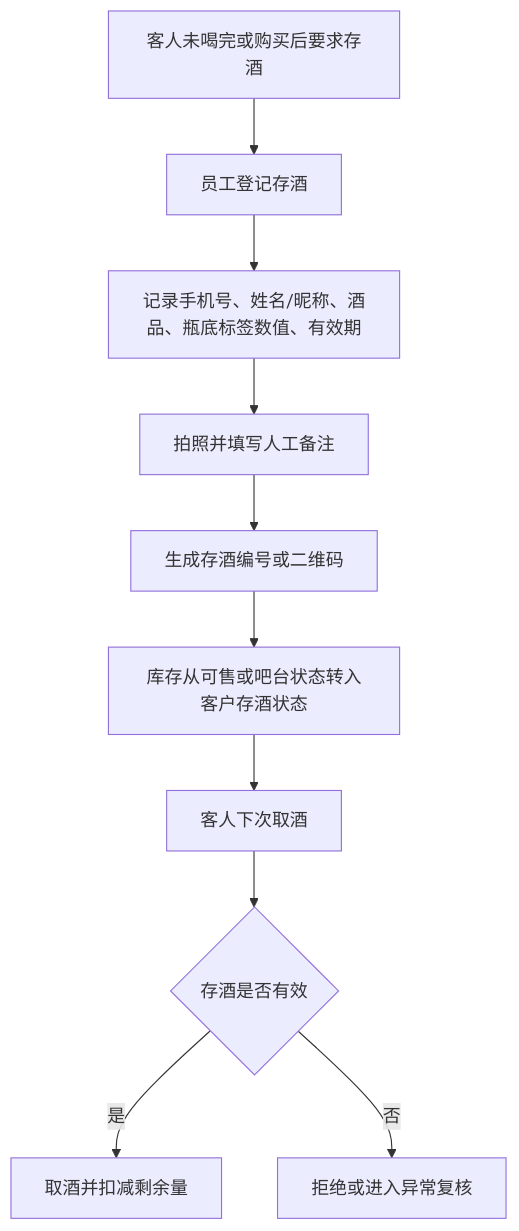
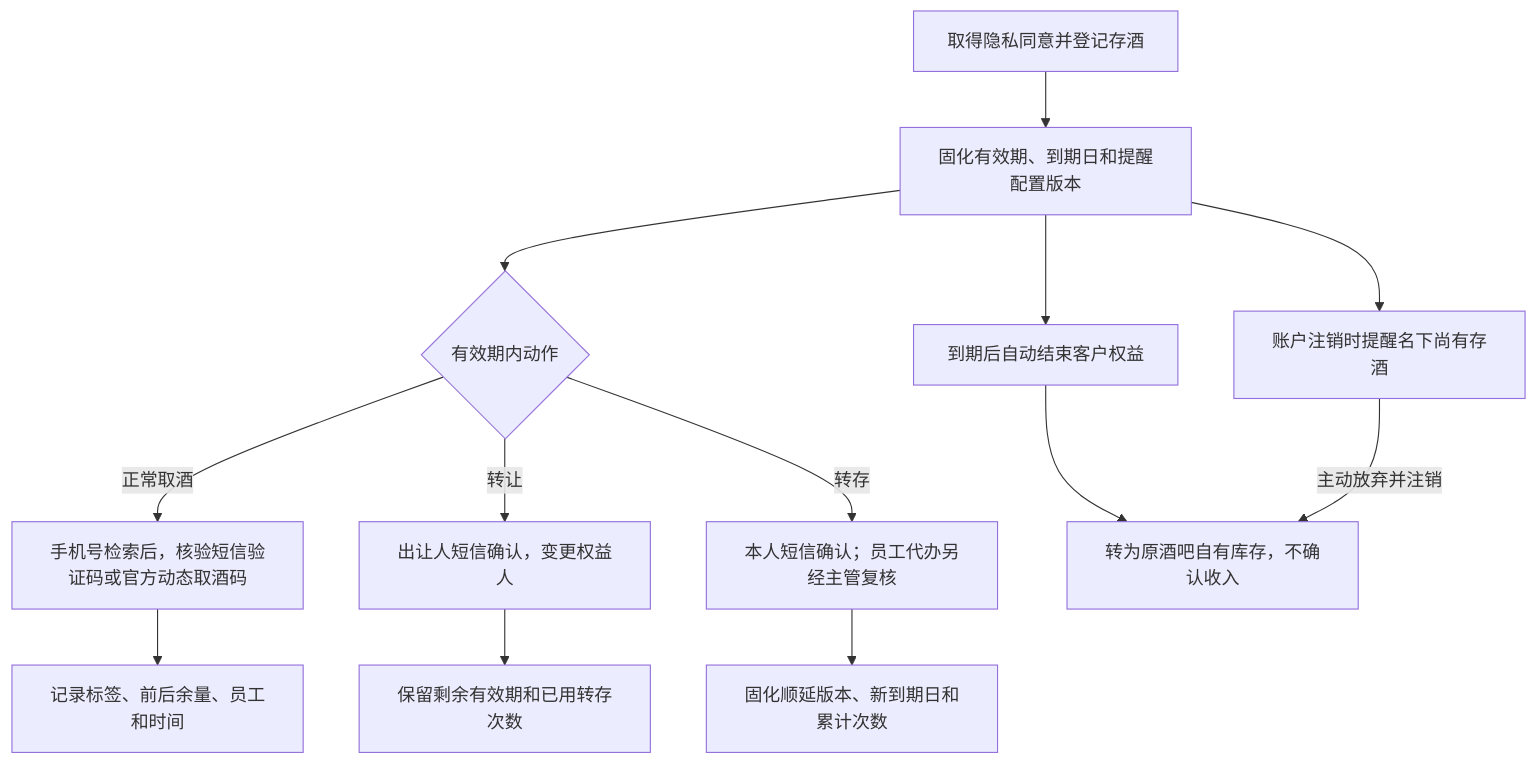
One commit to jxh1979/mall changed the fourth of 5 diagrams in docs/supply-chain-inventory-product-prd-v0.1.md. Above: the diagram before and after it, drawn with Mermaid. The commit also changed other lines of this file and 1 other file, not shown here.

````diff
--- a/docs/supply-chain-inventory-product-prd-v0.1.md
+++ b/docs/supply-chain-inventory-product-prd-v0.1.md
@@ -193,12 +234,15 @@
 ```mermaid
 flowchart TD
-  A["客人未喝完或购买后要求存酒"] --> B["员工登记存酒"]
-  B --> C["记录手机号、姓名/昵称、酒品、瓶底标签数值、有效期"]
-  C --> C1["拍照并填写人工备注"]
-  C1 --> D["生成存酒编号或二维码"]
-  D --> E["库存从可售或吧台状态转入客户存酒状态"]
-  E --> F["客人下次取酒"]
-  F --> G{"存酒是否有效"}
-  G -- 是 --> H["取酒并扣减剩余量"]
-  G -- 否 --> I["拒绝或进入异常复核"]
+  A["取得隐私同意并登记存酒"] --> B["固化有效期、到期日和提醒配置版本"]
+  B --> C{"有效期内动作"}
+  C -- 正常取酒 --> D["手机号检索后，核验短信验证码或官方动态取酒码"]
+  C -- 转让 --> E["出让人短信确认，变更权益人"]
+  C -- 转存 --> F["本人短信确认；员工代办另经主管复核"]
+  D --> G["记录标签、前后余量、员工和时间"]
+  E --> H["保留剩余有效期和已用转存次数"]
+  F --> I["固化顺延版本、新到期日和累计次数"]
+  B --> J["到期后自动结束客户权益"]
+  J --> K["转为原酒吧自有库存，不确认收入"]
+  B --> N["账户注销时提醒名下尚有存酒"]
+  N -- 主动放弃并注销 --> K
 ```
````
